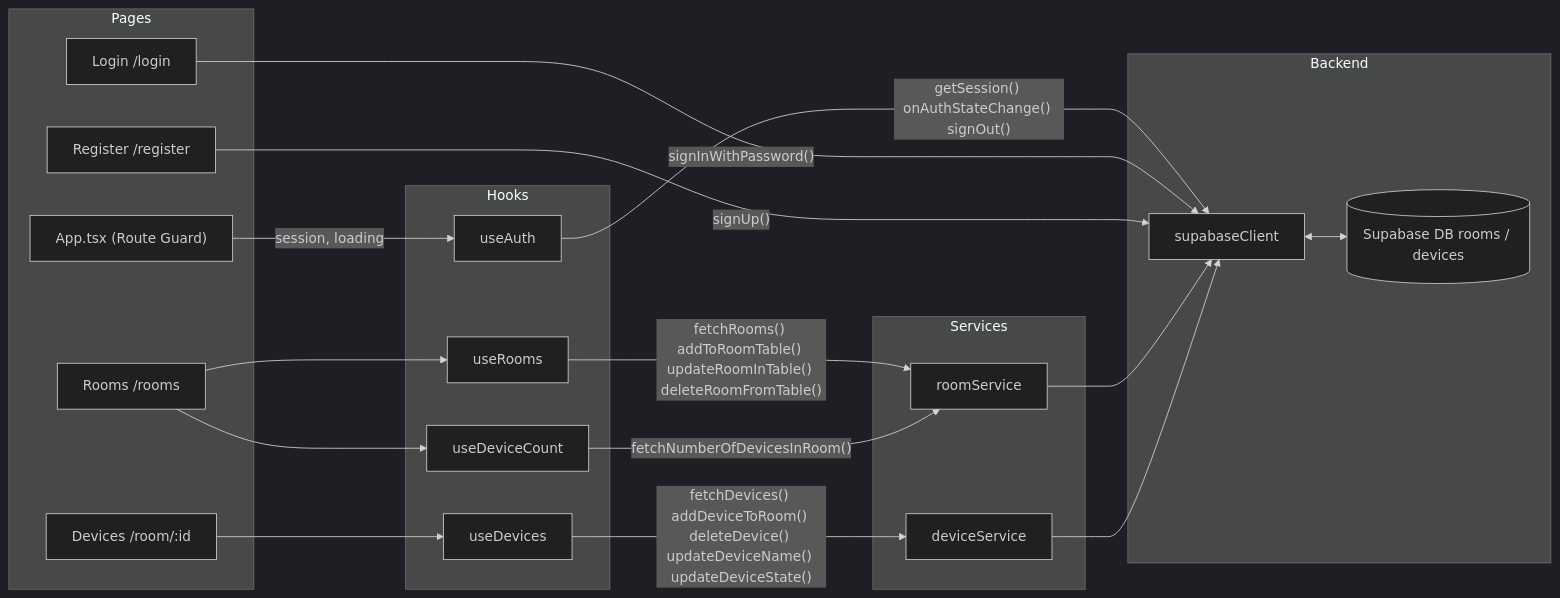
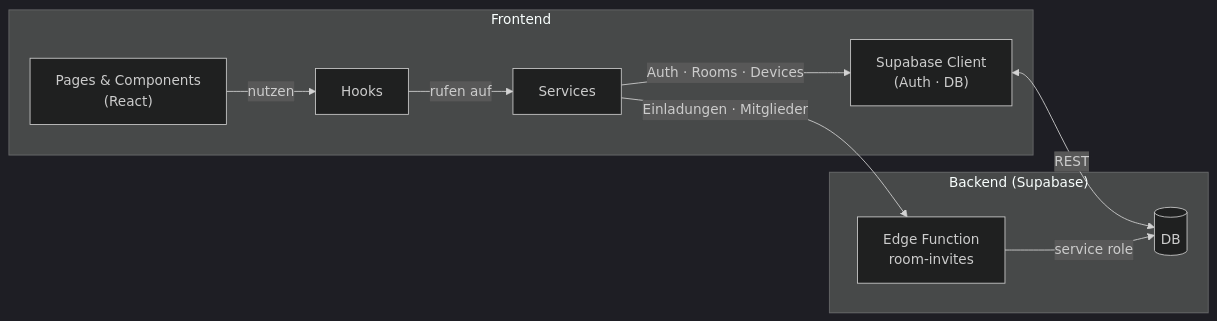
The second of 5 diagrams in docs/uml-diagram.md (jku-win-se/teaching-2026.ss.prse.braeuer.team5), drawn with Mermaid (dark theme) before and after one commit. The commit also changed other lines of this file, not shown here.

Commit message:
#73 [0.1] Update UML diagram für release v0.1.1

````diff
--- a/docs/uml-diagram.md
+++ b/docs/uml-diagram.md
@@ -54,44 +58,21 @@
 ```mermaid
 graph LR
-    subgraph Pages
-        App["App.tsx (Route Guard)"]
-        Login["Login /login"]
-        Register["Register /register"]
-        Rooms["Rooms /rooms"]
-        Devices["Devices /room/:id"]
+    subgraph Frontend["Frontend"]
+        pages["Pages & Components\n(React)"]
+        hooks["Hooks"]
+        services["Services"]
+        supabase["Supabase Client\n(Auth · DB)"]
     end
 
-    subgraph Hooks
-        useAuth["useAuth"]
-        useRooms["useRooms"]
-        useDeviceCount["useDeviceCount"]
-        useDevices["useDevices"]
+    subgraph Backend["Backend (Supabase)"]
+        edgeFn["Edge Function\nroom-invites"]
+        db[("DB")]
     end
 
-    subgraph Services
-        roomSvc["roomService"]
-        deviceSvc["deviceService"]
-    end
-
-    subgraph Backend
-        supabase["supabaseClient"]
-        db[("Supabase DB rooms / devices")]
-    end
-
-    App -->|"session, loading"| useAuth
-    Rooms --> useRooms
-    Rooms --> useDeviceCount
-    Devices --> useDevices
-
-    useAuth -->|"getSession() onAuthStateChange() signOut()"| supabase
-    Login -->|"signInWithPassword()"| supabase
-    Register -->|"signUp()"| supabase
-
-    useRooms -->|"fetchRooms() addToRoomTable() updateRoomInTable() deleteRoomFromTable()"| roomSvc
-    useDeviceCount -->|"fetchNumberOfDevicesInRoom()"| roomSvc
-    useDevices -->|"fetchDevices() addDeviceToRoom() deleteDevice() updateDeviceName() updateDeviceState()"| deviceSvc
-
-    roomSvc --> supabase
-    deviceSvc --> supabase
-    supabase <--> db
+    pages -->|"nutzen"| hooks
+    hooks -->|"rufen auf"| services
+    services -->|"Auth · Rooms · Devices"| supabase
+    services -->|"Einladungen · Mitglieder"| edgeFn
+    supabase <-->|"REST"| db
+    edgeFn -->|"service role"| db
 ```
````
